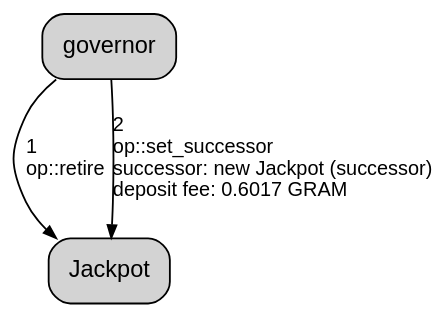
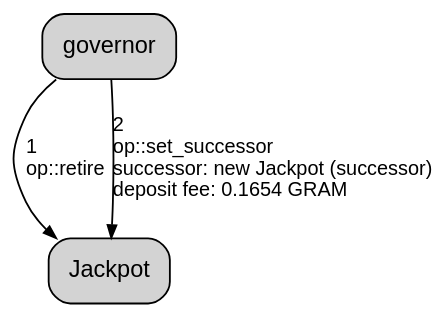
One commit to HipoFinance/jackpot changed the diagram in docs/graphs/retire-0.dot. Above: the diagram before and after it, drawn with Graphviz. The commit also changed 31 other files, not shown here.

```diff
--- a/docs/graphs/retire-0.dot
+++ b/docs/graphs/retire-0.dot
@@ -1,9 +1,9 @@
 digraph {
   graph [ rankdir=TB nodesep=0.5 ranksep=0.55 pad="0.3,0.1" bgcolor=transparent fontname="Arial" ]
   node [ shape=box style="rounded,filled" fontname="Arial" fontsize=13 margin="0.14,0.08" ]
   edge [ fontname="Arial" fontsize=11 arrowsize=0.7 ]
   "governor" [ label="governor" class="n-person" ]
   "jackpot" [ label="Jackpot" class="n-jackpot" ]
   "governor" -> "jackpot" [ label="1\lop::retire\l" class="e-msg" ]
-  "governor" -> "jackpot" [ label="2\lop::set_successor\lsuccessor: new Jackpot (successor)\ldeposit fee: 0.6017 GRAM\l" class="e-msg" ]
+  "governor" -> "jackpot" [ label="2\lop::set_successor\lsuccessor: new Jackpot (successor)\ldeposit fee: 0.1654 GRAM\l" class="e-msg" ]
 }
```
